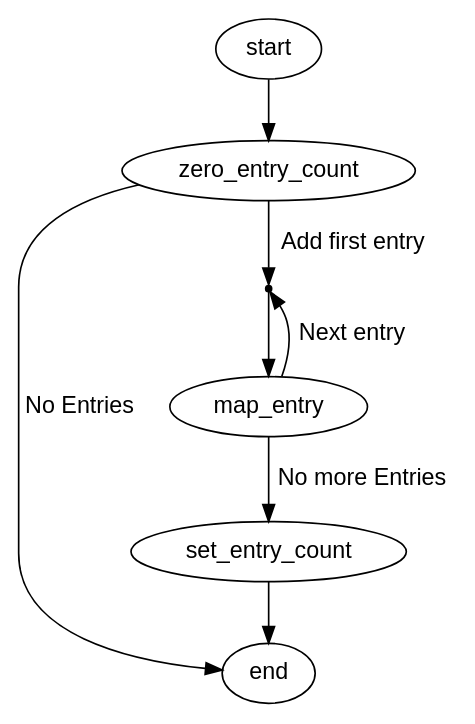
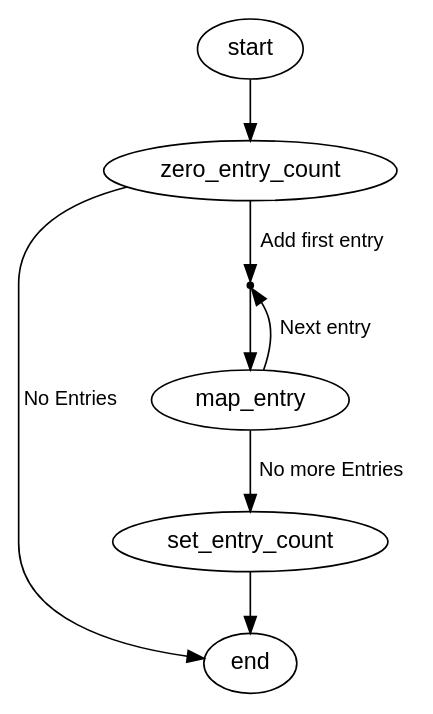
Before and after one commit to ribalda/ethercat: the diagram in documentation/graphs/fsm_pdo_entry_conf.dot, drawn with Graphviz. The commit also changed 664 other files, not shown here.

```diff
--- a/documentation/graphs/fsm_pdo_entry_conf.dot
+++ b/documentation/graphs/fsm_pdo_entry_conf.dot
@@ -1,25 +1,27 @@
 
 /* $Id$ */
 
 digraph pdo_entry_conf {
+    node [fontname="Helvetica"]
+    edge [fontname="Helvetica", fontsize="12"]
 
-    start [fontname="Helvetica"]
+    start
     start -> zero_entry_count [weight=10]
 
-    zero_entry_count [fontname="Helvetica"]
-    zero_entry_count -> end [fontname="Helvetica",label="No Entries"]
-    zero_entry_count -> action_map [fontname="Helvetica",label="Add first entry", weight=10]
+    zero_entry_count
+    zero_entry_count -> end [label="No Entries"]
+    zero_entry_count -> action_map [label="Add first entry", weight=10]
 
     action_map [shape=point,label=""]
     action_map -> map_entry [weight=10]
 
-    map_entry [fontname="Helvetica"]
-    map_entry -> action_map [fontname="Helvetica",label="Next entry"]
-    map_entry -> set_entry_count [fontname="Helvetica",label="No more Entries", weight=10]
+    map_entry
+    map_entry -> action_map [label="Next entry"]
+    map_entry -> set_entry_count [label="No more Entries", weight=10]
 
-    set_entry_count [fontname="Helvetica"]
+    set_entry_count
     set_entry_count -> end [weight=10]
 
-    end [fontname="Helvetica"]
+    end
     end
 }
```
